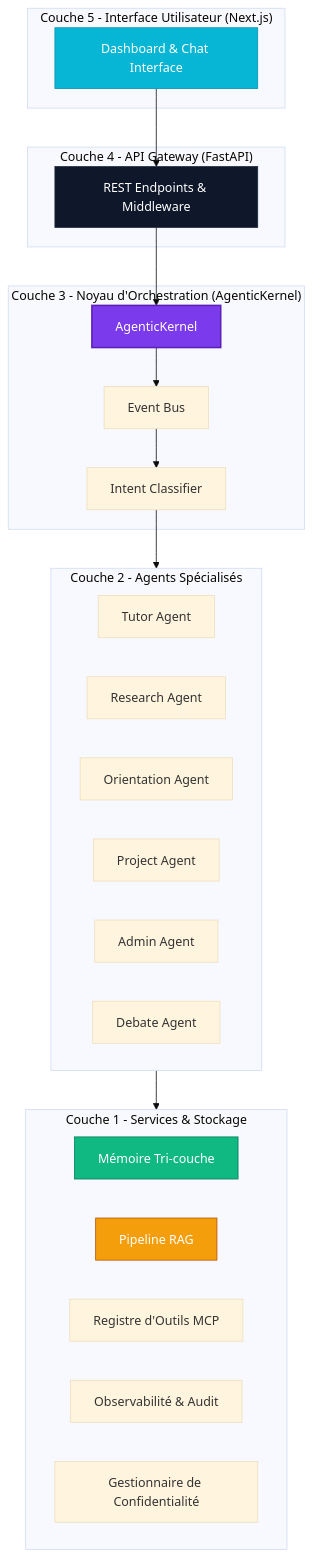
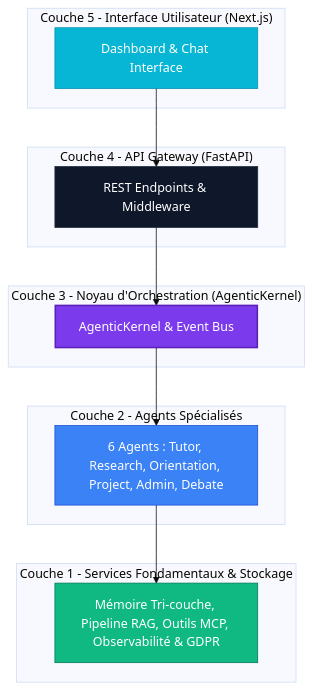
One commit to mouradboutrid/ENSAM-Agent-OS changed the diagram in README.md. Above: the diagram before and after it, drawn with Mermaid (base theme). The commit also changed other lines of this file, not shown here.

````diff
--- a/README.md
+++ b/README.md
@@ -13,46 +13,33 @@
 ```mermaid
 graph TD
     subgraph Frontend ["Couche 5 - Interface Utilisateur (Next.js)"]
         UI[Dashboard & Chat Interface]
     end
 
     subgraph Backend ["Couche 4 - API Gateway (FastAPI)"]
         API[REST Endpoints & Middleware]
     end
 
     subgraph Kernel ["Couche 3 - Noyau d'Orchestration (AgenticKernel)"]
-        AK[AgenticKernel]
-        EB[Event Bus]
-        Classifier[Intent Classifier]
+        AK[AgenticKernel & Event Bus]
     end
 
     subgraph Agents ["Couche 2 - Agents Spécialisés"]
-        TutorAgent[Tutor Agent]
-        ResearchAgent[Research Agent]
-        OrientationAgent[Orientation Agent]
-        ProjectAgent[Project Agent]
-        AdminAgent[Admin Agent]
-        DebateAgent[Debate Agent]
+        AG[6 Agents : Tutor, Research, Orientation, Project, Admin, Debate]
     end
 
-    subgraph Services ["Couche 1 - Services & Stockage"]
-        Memory[Mémoire Tri-couche]
-        RAG[Pipeline RAG]
-        MCP[Registre d'Outils MCP]
-        Obs[Observabilité & Audit]
-        GDPR[Gestionnaire de Confidentialité]
+    subgraph Services ["Couche 1 - Services Fondamentaux & Stockage"]
+        SRV[Mémoire Tri-couche, Pipeline RAG, Outils MCP, Observabilité & GDPR]
     end
 
     UI --> API
     API --> AK
-    AK --> EB
-    EB --> Classifier
-    Classifier --> Agents
-    Agents --> Services
+    AK --> AG
+    AG --> SRV
     
     style AK fill:#7C3AED,stroke:#5B21B6,color:#fff,stroke-width:2px
     style UI fill:#06B6D4,stroke:#0891B2,color:#fff
     style API fill:#0F172A,stroke:#1E293B,color:#fff
-    style Memory fill:#10B981,stroke:#047857,color:#fff
-    style RAG fill:#F59E0B,stroke:#B45309,color:#fff
+    style AG fill:#3B82F6,stroke:#1D4ED8,color:#fff
+    style SRV fill:#10B981,stroke:#047857,color:#fff
 ```
````
